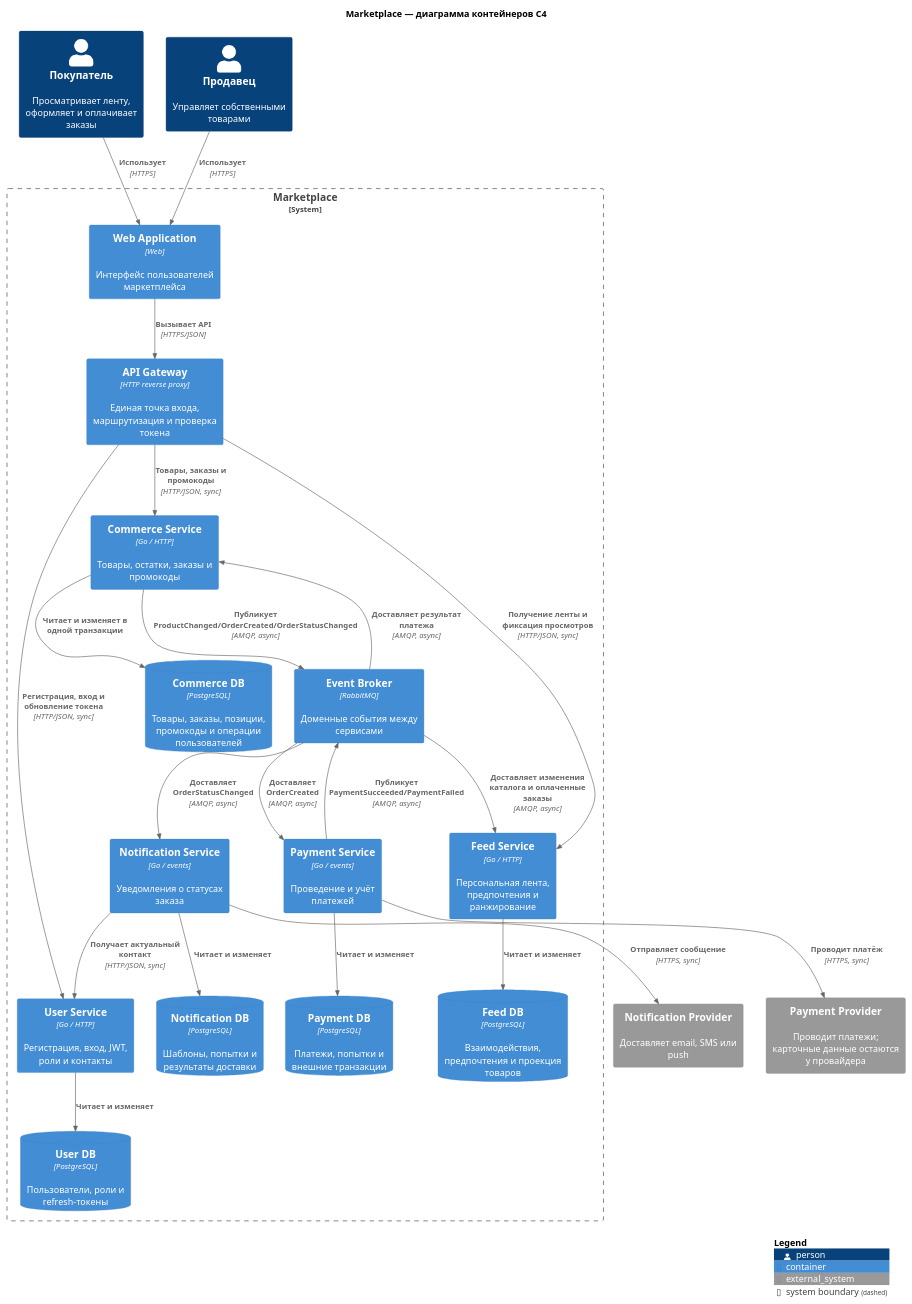
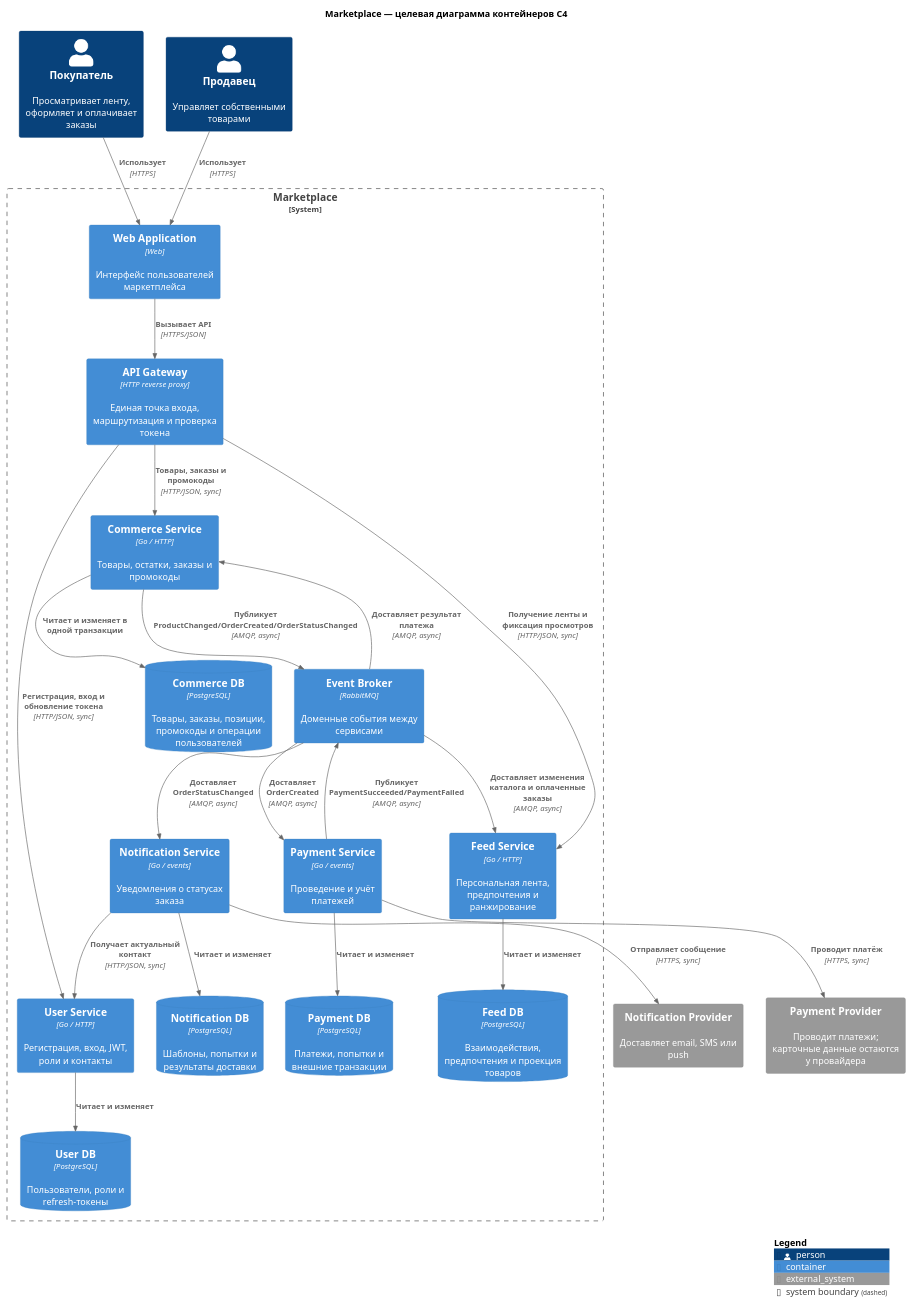
One commit to bibihoya/marketplace changed the diagram in docs/architecture/c4-container.puml. Above: the diagram before and after it, drawn with PlantUML. The commit also changed 6 other files, not shown here.

```diff
--- a/docs/architecture/c4-container.puml
+++ b/docs/architecture/c4-container.puml
@@ -1,60 +1,60 @@
 @startuml
 !include <C4/C4_Container>
 
-title Marketplace — диаграмма контейнеров C4
+title Marketplace — целевая диаграмма контейнеров C4
 
 Person(buyer, "Покупатель", "Просматривает ленту, оформляет и оплачивает заказы")
 Person(seller, "Продавец", "Управляет собственными товарами")
 
 System_Ext(payment_provider, "Payment Provider", "Проводит платежи; карточные данные остаются у провайдера")
 System_Ext(notification_provider, "Notification Provider", "Доставляет email, SMS или push")
 
 System_Boundary(marketplace, "Marketplace") {
     Container(web, "Web Application", "Web", "Интерфейс пользователей маркетплейса")
     Container(gateway, "API Gateway", "HTTP reverse proxy", "Единая точка входа, маршрутизация и проверка токена")
 
     Container(user_service, "User Service", "Go / HTTP", "Регистрация, вход, JWT, роли и контакты")
     ContainerDb(user_db, "User DB", "PostgreSQL", "Пользователи, роли и refresh-токены")
 
     Container(commerce_service, "Commerce Service", "Go / HTTP", "Товары, остатки, заказы и промокоды")
     ContainerDb(commerce_db, "Commerce DB", "PostgreSQL", "Товары, заказы, позиции, промокоды и операции пользователей")
 
     Container(feed_service, "Feed Service", "Go / HTTP", "Персональная лента, предпочтения и ранжирование")
     ContainerDb(feed_db, "Feed DB", "PostgreSQL", "Взаимодействия, предпочтения и проекция товаров")
 
     Container(payment_service, "Payment Service", "Go / events", "Проведение и учёт платежей")
     ContainerDb(payment_db, "Payment DB", "PostgreSQL", "Платежи, попытки и внешние транзакции")
 
     Container(notification_service, "Notification Service", "Go / events", "Уведомления о статусах заказа")
     ContainerDb(notification_db, "Notification DB", "PostgreSQL", "Шаблоны, попытки и результаты доставки")
 
     Container(broker, "Event Broker", "RabbitMQ", "Доменные события между сервисами")
 }
 
 Rel(buyer, web, "Использует", "HTTPS")
 Rel(seller, web, "Использует", "HTTPS")
 Rel(web, gateway, "Вызывает API", "HTTPS/JSON")
 
 Rel(gateway, user_service, "Регистрация, вход и обновление токена", "HTTP/JSON, sync")
 Rel(gateway, commerce_service, "Товары, заказы и промокоды", "HTTP/JSON, sync")
 Rel(gateway, feed_service, "Получение ленты и фиксация просмотров", "HTTP/JSON, sync")
 
 Rel(user_service, user_db, "Читает и изменяет")
 Rel(commerce_service, commerce_db, "Читает и изменяет в одной транзакции")
 Rel(feed_service, feed_db, "Читает и изменяет")
 Rel(payment_service, payment_db, "Читает и изменяет")
 Rel(notification_service, notification_db, "Читает и изменяет")
 
 Rel(commerce_service, broker, "Публикует ProductChanged/OrderCreated/OrderStatusChanged", "AMQP, async")
 Rel(payment_service, broker, "Публикует PaymentSucceeded/PaymentFailed", "AMQP, async")
 Rel(broker, feed_service, "Доставляет изменения каталога и оплаченные заказы", "AMQP, async")
 Rel(broker, payment_service, "Доставляет OrderCreated", "AMQP, async")
 Rel(broker, commerce_service, "Доставляет результат платежа", "AMQP, async")
 Rel(broker, notification_service, "Доставляет OrderStatusChanged", "AMQP, async")
 
 Rel(payment_service, payment_provider, "Проводит платёж", "HTTPS, sync")
 Rel(notification_service, user_service, "Получает актуальный контакт", "HTTP/JSON, sync")
 Rel(notification_service, notification_provider, "Отправляет сообщение", "HTTPS, sync")
 
 SHOW_LEGEND()
 @enduml
```
